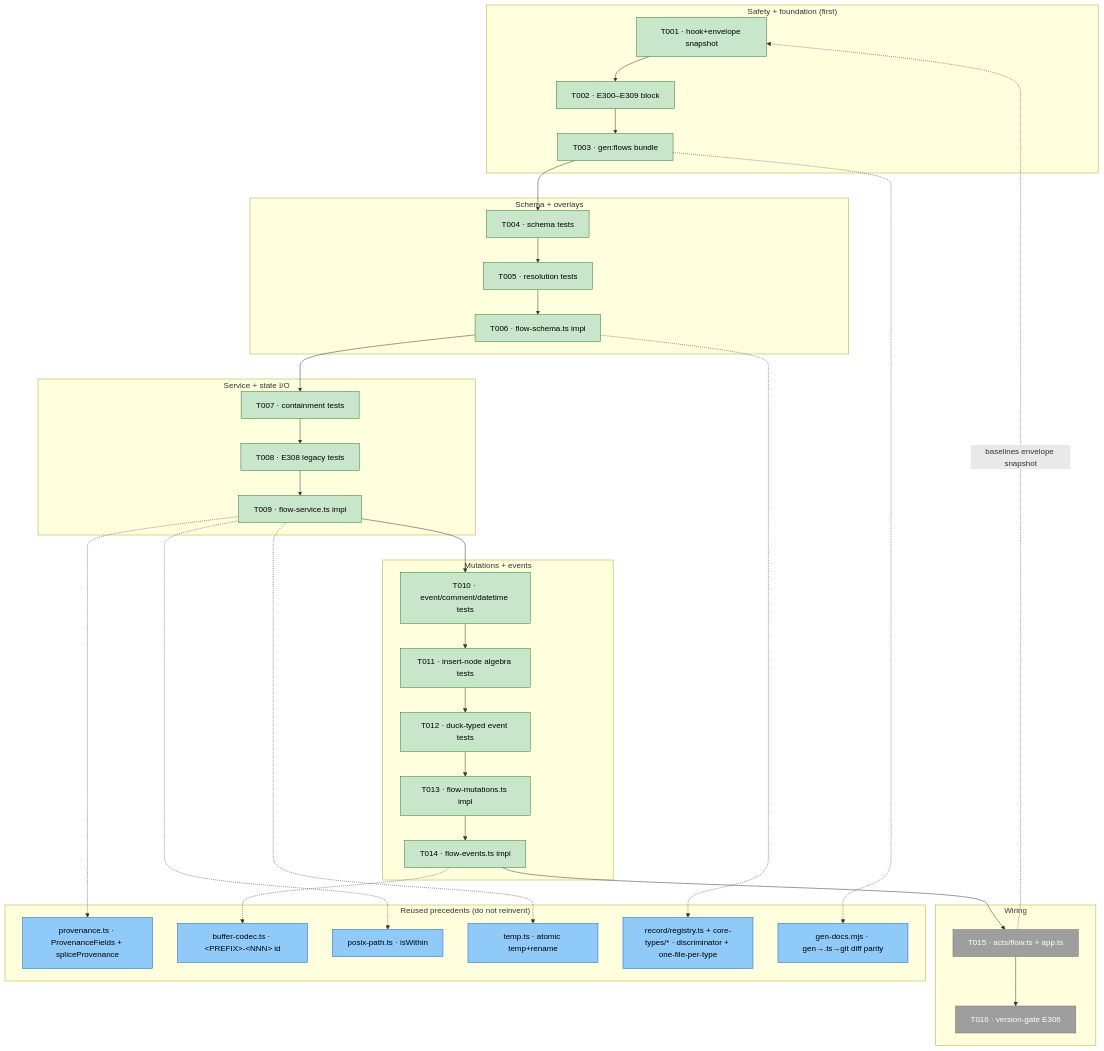
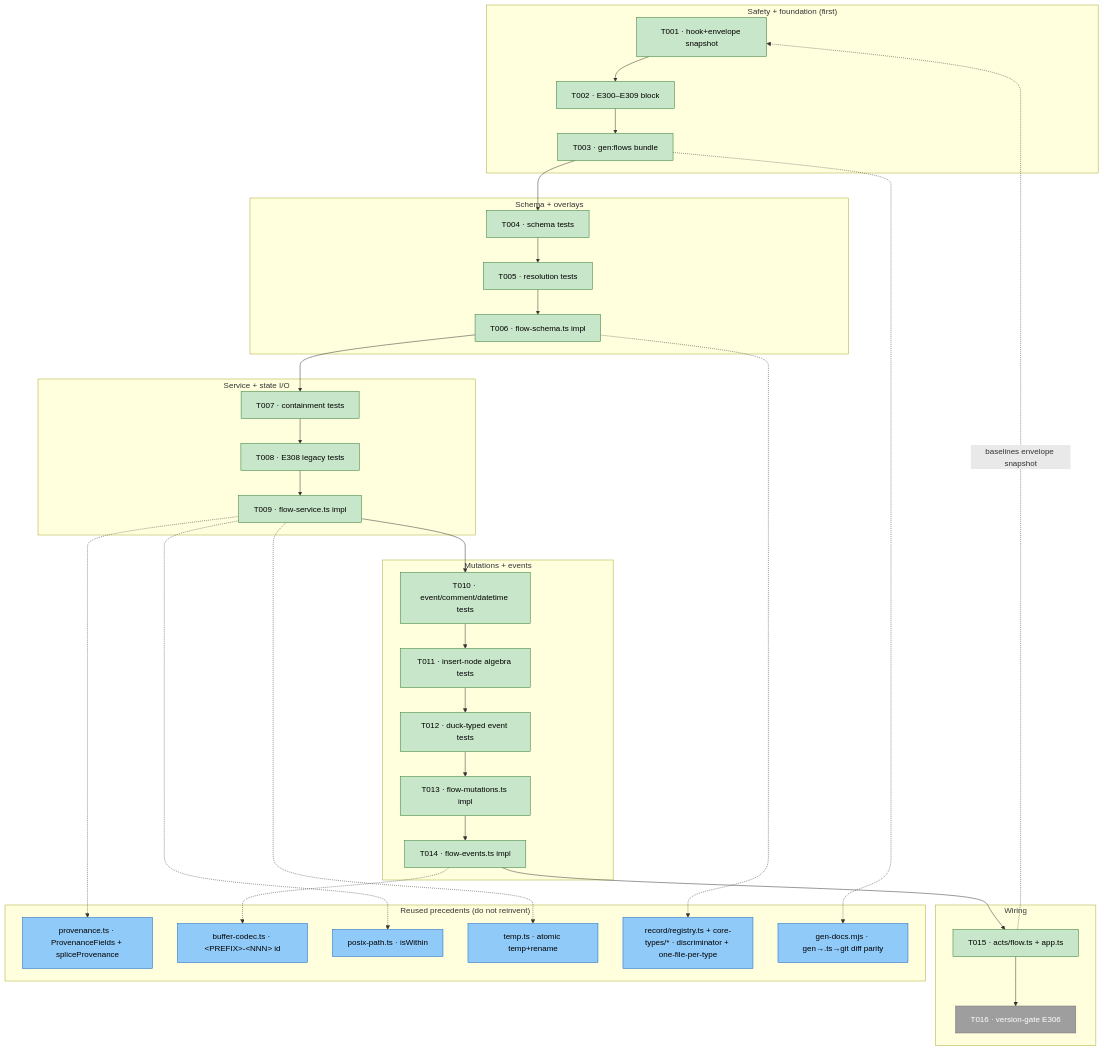
The first of 3 diagrams in docs/plans/024-first-class-flow-system/tasks/phase-1-flow-engine-schema-state-mutations-event-log/tasks.md (AI-Substrate/harness-engineering), drawn with Mermaid before and after one commit. The commit also changed other lines of this file and 9 other files, not shown here.

First line of the commit message:
feat(024): harness flow act (nested subcommand group) + app wiring + Envelope snapshot [T015]

````diff
--- a/docs/plans/024-first-class-flow-system/tasks/phase-1-flow-engine-schema-state-mutations-event-log/tasks.md
+++ b/docs/plans/024-first-class-flow-system/tasks/phase-1-flow-engine-schema-state-mutations-event-log/tasks.md
@@ -63,61 +63,61 @@
 ```mermaid
 flowchart TD
     classDef pending fill:#9E9E9E,stroke:#757575,color:#fff
     classDef test fill:#FFB74D,stroke:#EF6C00,color:#000
     classDef reuse fill:#90CAF9,stroke:#1565C0,color:#000
     classDef completed fill:#C8E6C9,stroke:#2E7D32,color:#000
     classDef inprogress fill:#FFE0B2,stroke:#EF6C00,color:#000
 
     subgraph Sensors["Safety + foundation (first)"]
         T001["T001 · hook+envelope snapshot"]:::completed
         T002["T002 · E300–E309 block"]:::completed
         T003["T003 · gen:flows bundle"]:::completed
     end
 
     subgraph Schema["Schema + overlays"]
         T004["T004 · schema tests"]:::completed
         T005["T005 · resolution tests"]:::completed
         T006["T006 · flow-schema.ts impl"]:::completed
     end
 
     subgraph State["Service + state I/O"]
         T007["T007 · containment tests"]:::completed
         T008["T008 · E308 legacy tests"]:::completed
         T009["T009 · flow-service.ts impl"]:::completed
     end
 
     subgraph Mut["Mutations + events"]
         T010["T010 · event/comment/datetime tests"]:::completed
         T011["T011 · insert-node algebra tests"]:::completed
         T012["T012 · duck-typed event tests"]:::completed
         T013["T013 · flow-mutations.ts impl"]:::completed
         T014["T014 · flow-events.ts impl"]:::completed
     end
 
     subgraph Wire["Wiring"]
-        T015["T015 · acts/flow.ts + app.ts"]:::pending
+        T015["T015 · acts/flow.ts + app.ts"]:::completed
         T016["T016 · version-gate E306"]:::pending
     end
 
     T001 --> T002 --> T003 --> T004 --> T005 --> T006
     T006 --> T007 --> T008 --> T009
     T009 --> T010 --> T011 --> T012 --> T013 --> T014
     T014 --> T015 --> T016
     T015 -. baselines envelope snapshot .-> T001
 
     subgraph Reuse["Reused precedents (do not reinvent)"]
         R1["provenance.ts · ProvenanceFields + spliceProvenance"]:::reuse
         R2["buffer-codec.ts · &lt;PREFIX&gt;-&lt;NNN&gt; id"]:::reuse
         R3["posix-path.ts · isWithin"]:::reuse
         R4["temp.ts · atomic temp+rename"]:::reuse
         R5["record/registry.ts + core-types/* · discriminator + one-file-per-type"]:::reuse
         R6["gen-docs.mjs · gen→.ts→git diff parity"]:::reuse
     end
 
     T009 -.-> R1
     T009 -.-> R3
     T009 -.-> R4
     T014 -.-> R2
     T006 -.-> R5
     T003 -.-> R6
 ```
````
